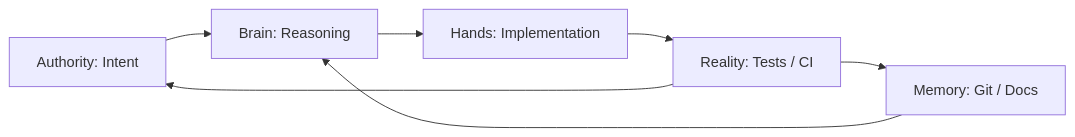
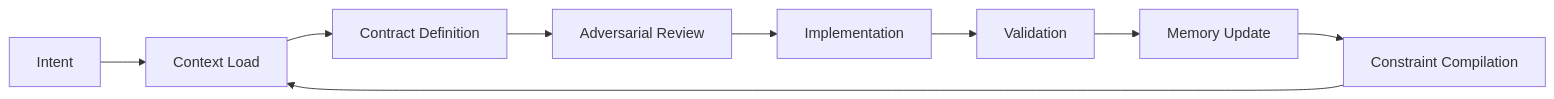
Before and after one commit to seanwhs/Tutorials: the diagram in AI/ai-native-fullstack-tutorial.md, drawn with Mermaid. The commit also changed other lines of this file, not shown here.

````diff
--- a/AI/ai-native-fullstack-tutorial.md
+++ b/AI/ai-native-fullstack-tutorial.md
@@ -42,9 +35,11 @@
 ```mermaid
 flowchart LR
-A[Authority: Intent] --> B[Brain: Reasoning]
-B --> C[Hands: Implementation]
-C --> D[Reality: Tests / CI]
-D --> E[Memory: Git / Docs]
-E --> B
-D --> A
+A[Intent] --> B[Context Load]
+B --> C[Contract Definition]
+C --> D[Adversarial Review]
+D --> E[Implementation]
+E --> F[Validation]
+F --> G[Memory Update]
+G --> H[Constraint Compilation]
+H --> B
 ```
````
